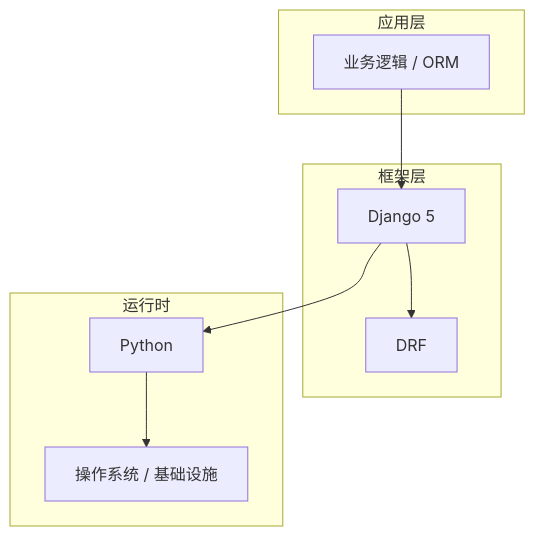
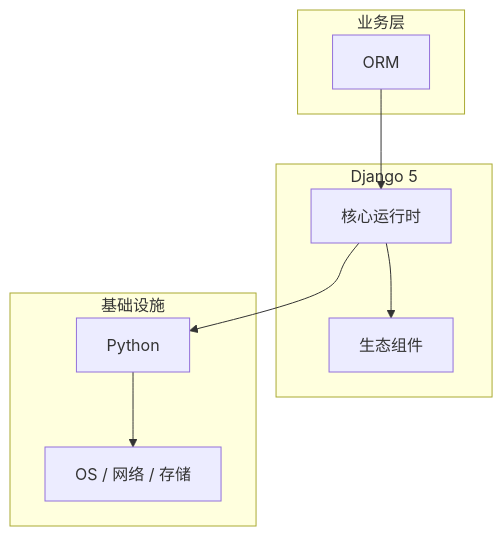
The diagram in articles/Django/chapters/031-ORM核心概念与原理.md (yanggan2015/knowledge-json-v2), drawn with Mermaid before and after one commit. The commit also changed other lines of this file and 10127 other files, not shown here.

````diff
--- a/articles/Django/chapters/031-ORM核心概念与原理.md
+++ b/articles/Django/chapters/031-ORM核心概念与原理.md
@@ -45,18 +34,18 @@
 ```mermaid
 graph TB
-    subgraph 应用层
-        A[业务逻辑 / ORM]
+    subgraph 业务层
+        A[ORM]
     end
-    subgraph 框架层
-        B[Django 5]
-        C[DRF]
+    subgraph Django 5
+        B[核心运行时]
+        C[生态组件]
     end
-    subgraph 运行时
+    subgraph 基础设施
         D[Python]
-        E[操作系统 / 基础设施]
+        E[OS / 网络 / 存储]
     end
     A --> B
     B --> C
     B --> D
     D --> E
 ```
````
